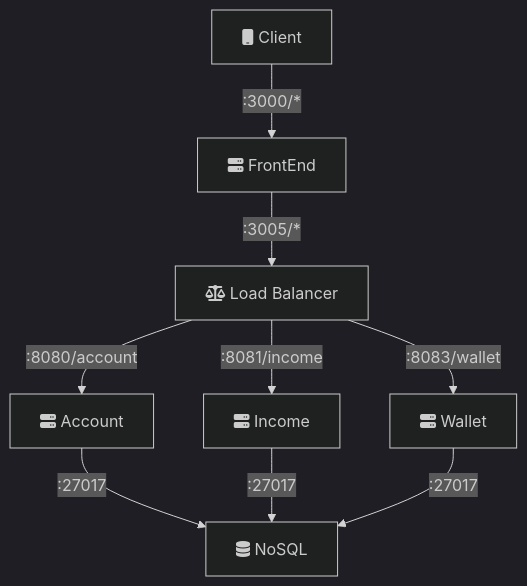
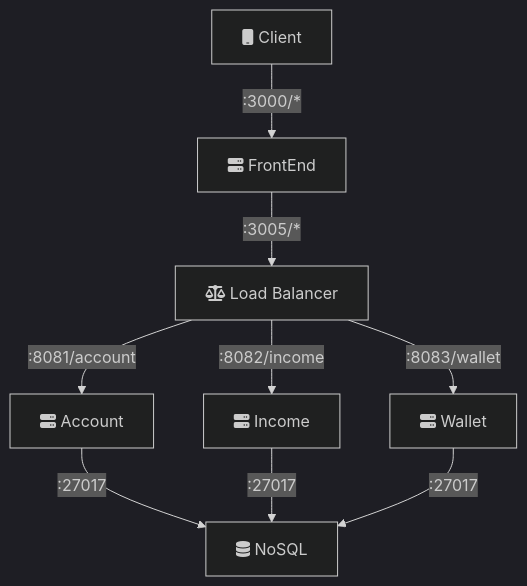
One commit to humbertodias/bank-elastic-stack changed the diagram in README.md. Above: the diagram before and after it, drawn with Mermaid (dark theme). The commit also changed other lines of this file and 2 other files, not shown here.

````diff
--- a/README.md
+++ b/README.md
@@ -7,11 +20,11 @@
 ```mermaid
 graph TD
     A[fa:fa-mobile Client] -->|:3000/*| B[fa:fa-server FrontEnd]
     B -->|:3005/*| C[fa:fa-balance-scale Load Balancer]
-    C -->|:8080/account| D[fa:fa-server Account]
-    C -->|:8081/income| E[fa:fa-server Income]
+    C -->|:8081/account| D[fa:fa-server Account]
+    C -->|:8082/income| E[fa:fa-server Income]
     C -->|:8083/wallet| F[fa:fa-server Wallet]
     D -->|:27017| G[fa:fa-database NoSQL]
     E -->|:27017| G
     F -->|:27017| G
 ```
````
